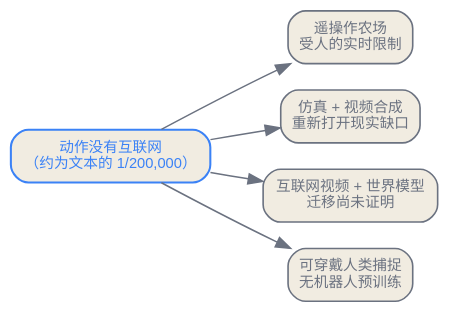
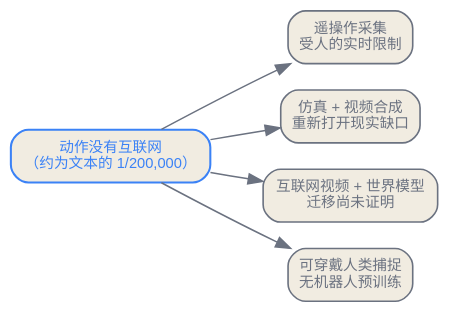
The second of 2 diagrams in zh/generative/05-beyond-text.qmd (latere-ai/ai-as-an-infrastructure), drawn with Graphviz before and after one commit. The commit also changed other lines of this file and 1 other file, not shown here.

````diff
--- a/zh/generative/05-beyond-text.qmd
+++ b/zh/generative/05-beyond-text.qmd
@@ -71,21 +71,21 @@
 ```{dot}
 //| label: fig-beyond-flywheel
-//| fig-cap: "制造那个机器人从没免费拿到的动作数据飞轮的四种对垒策略。每一种都接受同一个瓶颈、押注一条不同的逃路；每一种又重新打开一个不同的下游问题（现实缺口、迁移问题、人的实时）。"
+//| fig-cap: "制造机器人从未免费获得的动作数据飞轮的四种策略。每一种都接受同一个瓶颈，选择一种不同的补数据路线；每一种又重新打开一个不同的下游问题（现实缺口、迁移问题、人的实时）。"
 digraph flywheel {
   rankdir=LR;
   bgcolor="transparent";
   node [shape=box, style="rounded,filled", fontname="Helvetica", fontsize=10, color="#6b7280", fontcolor="#6b7280", fillcolor="#f1ece1", penwidth=1.1];
   edge [color="#6b7280"];
 
   gap [label="动作没有互联网\n（约为文本的 1/200,000）", color="#3b82f6", fontcolor="#3b82f6", penwidth=1.4];
-  teleop [label="遥操作农场\n受人的实时限制"];
+  teleop [label="遥操作采集\n受人的实时限制"];
   sim    [label="仿真 + 视频合成\n重新打开现实缺口"];
   video  [label="互联网视频 + 世界模型\n迁移尚未证明"];
   wear   [label="可穿戴人类捕捉\n无机器人预训练"];
 
   gap -> teleop;
   gap -> sim;
   gap -> video;
   gap -> wear;
 }
 ```
````
